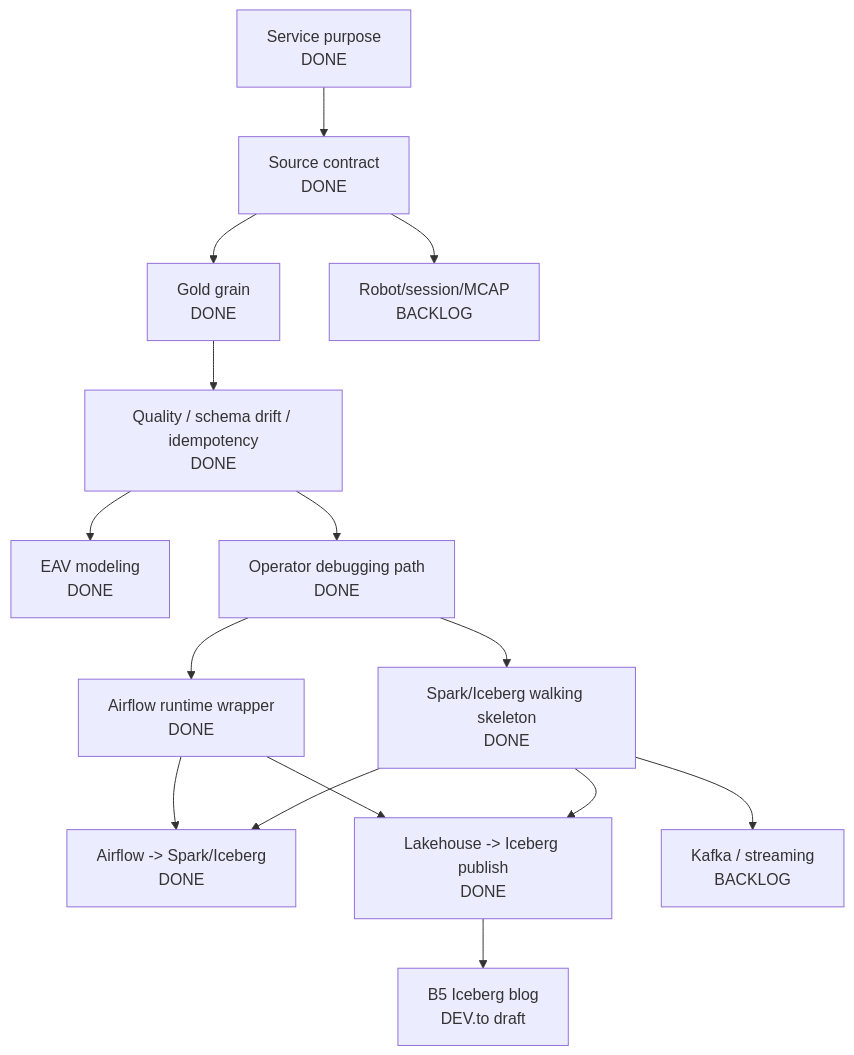
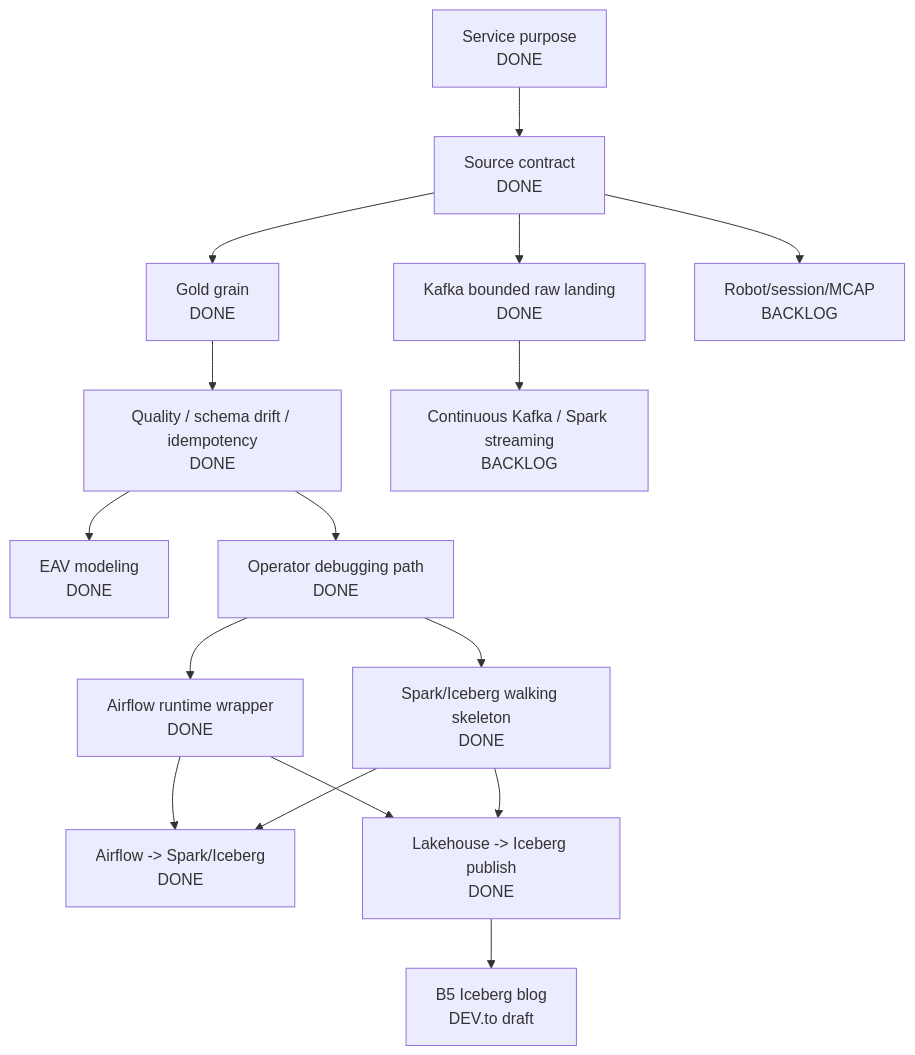
Before and after one commit to junhyun-dev/manufacturing-data-platform-mini: the second of 2 diagrams in PROJECT_PROGRESS_MAP.ko.md, drawn with Mermaid. The commit also changed other lines of this file and 31 other files, not shown here.

Commit message:
Implement bounded Kafka raw ingestion

````diff
--- a/PROJECT_PROGRESS_MAP.ko.md
+++ b/PROJECT_PROGRESS_MAP.ko.md
@@ -84,29 +87,31 @@
 ```mermaid
 flowchart TD
   purpose["Service purpose\nDONE"]
   source["Source contract\nDONE"]
   grain["Gold grain\nDONE"]
   quality["Quality / schema drift / idempotency\nDONE"]
   eav["EAV modeling\nDONE"]
   rca["Operator debugging path\nDONE"]
   airflow["Airflow runtime wrapper\nDONE"]
   iceberg["Spark/Iceberg walking skeleton\nDONE"]
   airflow_iceberg["Airflow -> Spark/Iceberg\nDONE"]
   publish["Lakehouse -> Iceberg publish\nDONE"]
   b5["B5 Iceberg blog\nDEV.to draft"]
-  streaming["Kafka / streaming\nBACKLOG"]
+  kafka_k1["Kafka bounded raw landing\nDONE"]
+  streaming["Continuous Kafka / Spark streaming\nBACKLOG"]
   robot["Robot/session/MCAP\nBACKLOG"]
 
   purpose --> source --> grain --> quality
   quality --> eav
   quality --> rca
   rca --> airflow
   rca --> iceberg
   airflow --> airflow_iceberg
   iceberg --> airflow_iceberg
   airflow --> publish
   iceberg --> publish
   publish --> b5
-  iceberg --> streaming
+  source --> kafka_k1
+  kafka_k1 --> streaming
   source --> robot
 ```
````
